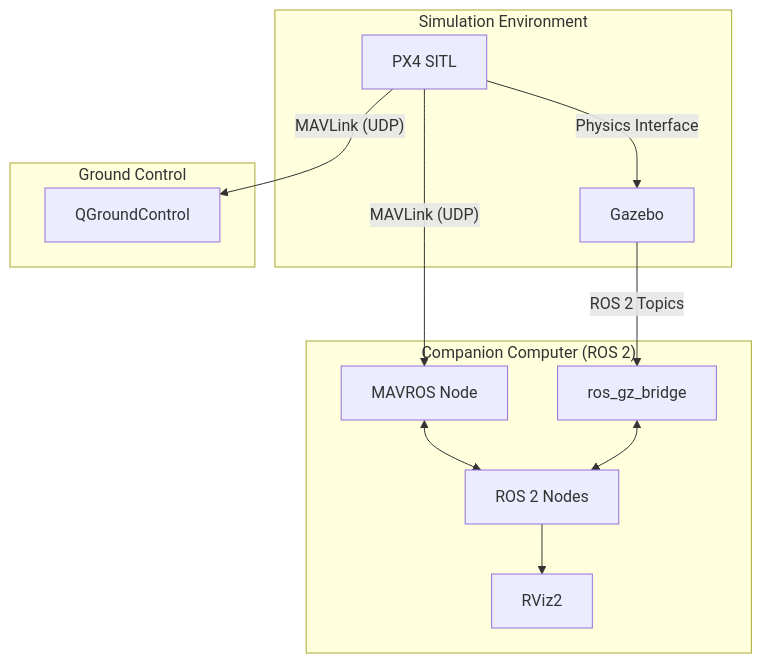
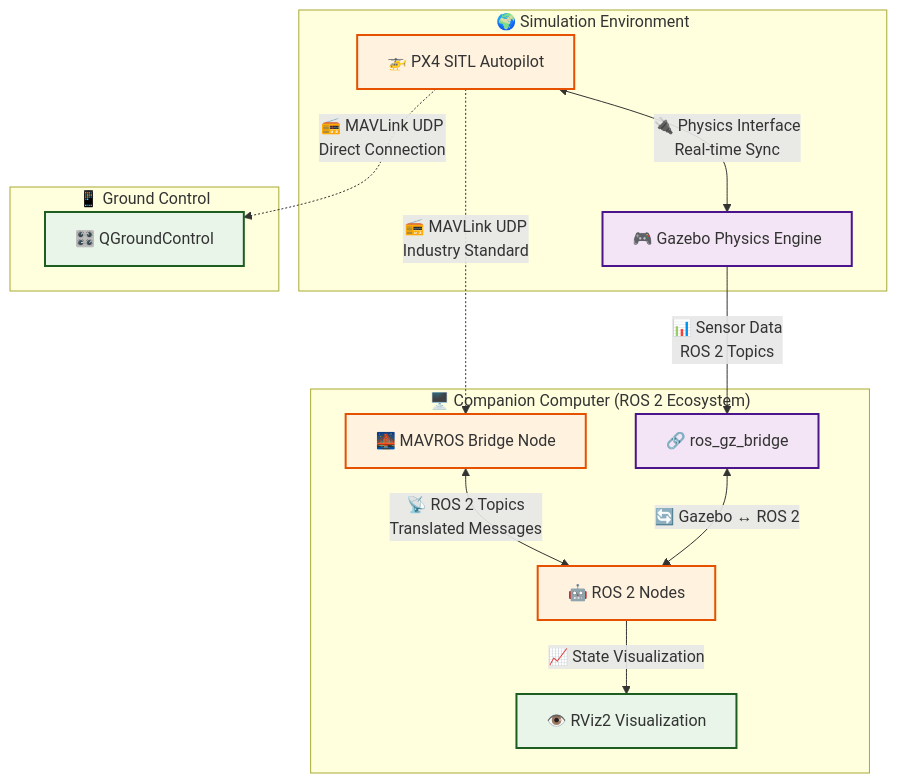
The second of 2 diagrams in README.md (asmbatati/uav_gz_sim), drawn with Mermaid before and after one commit. The commit also changed other lines of this file and 2 other files, not shown here.

````diff
--- a/README.md
+++ b/README.md
@@ -310,27 +366,40 @@
 ```mermaid
 graph TD
-    subgraph "Companion Computer (ROS 2)"
-        C[ROS 2 Nodes]
-        B[MAVROS Node]
-        F[RViz2]
-        H[ros_gz_bridge]
+    subgraph "🖥️ Companion Computer (ROS 2 Ecosystem)"
+        C[🤖 ROS 2 Nodes]
+        B[🌉 MAVROS Bridge Node]
+        F[👁️ RViz2 Visualization]
+        H[🔗 ros_gz_bridge]
     end
 
-    subgraph "Simulation Environment"
-        A[PX4 SITL]
-        D[Gazebo]
+    subgraph "🌍 Simulation Environment"
+        A[🚁 PX4 SITL Autopilot]
+        D[🎮 Gazebo Physics Engine]
     end
 
-    subgraph "Ground Control"
-        E[QGroundControl]
+    subgraph "📱 Ground Control"
+        E[🎛️ QGroundControl]
     end
 
-    %% Connections for Architecture 2
-    A -- "MAVLink (UDP)" --> B
-    B <--> C
-    A -- "Physics Interface" --> D
-    D -- "ROS 2 Topics" --> H
-    H <--> C
-    C --> F
-    A -- "MAVLink (UDP)" --> E
+    %% Primary Data Flow (MAVLink)
+    A -.->|"📻 MAVLink UDP<br/>Industry Standard"| B
+    B <-->|"📡 ROS 2 Topics<br/>Translated Messages"| C
+    
+    %% Simulation Integration
+    A <-->|"🔌 Physics Interface<br/>Real-time Sync"| D
+    D -->|"📊 Sensor Data<br/>ROS 2 Topics"| H
+    H <-->|"🔄 Gazebo ↔ ROS 2"| C
+    
+    %% Visualization & Monitoring
+    C -->|"📈 State Visualization"| F
+    A -.->|"📻 MAVLink UDP<br/>Direct Connection"| E
+
+    %% Styling
+    classDef primary fill:#fff3e0,stroke:#e65100,stroke-width:2px
+    classDef simulation fill:#f3e5f5,stroke:#4a148c,stroke-width:2px
+    classDef ground fill:#e8f5e8,stroke:#1b5e20,stroke-width:2px
+    
+    class A,B,C primary
+    class D,H simulation
+    class E,F ground
 ```
````
